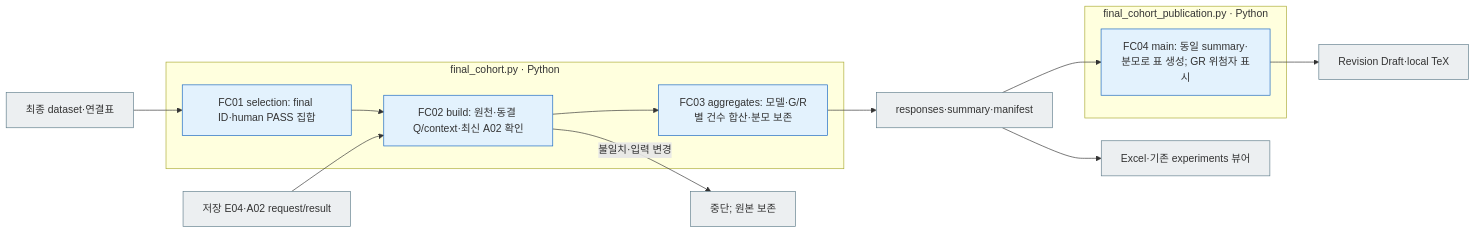
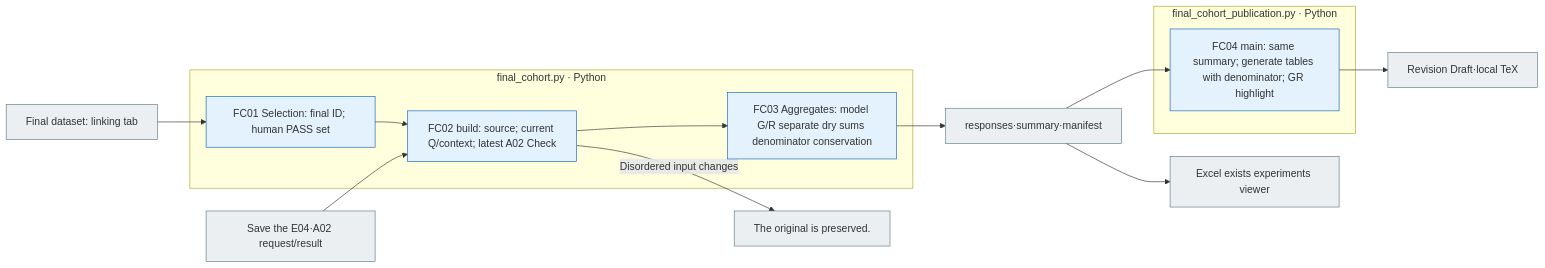
One commit to pnu-clink/finject changed the first of 2 diagrams in src/finarch/experiments/02-analysis/01-results/README.md. Above: the diagram before and after it, drawn with Mermaid. The commit also changed other lines of this file and 644 other files, not shown here.

````diff
--- a/src/finarch/experiments/02-analysis/01-results/README.md
+++ b/src/finarch/experiments/02-analysis/01-results/README.md
@@ -34,20 +34,20 @@
 ```mermaid
 flowchart LR
  subgraph FC["final_cohort.py · Python"]
-  S["FC01 selection: final ID·human PASS 집합"] --> V["FC02 build: 원천·동결 Q/context·최신 A02 확인"]
-  V --> C["FC03 aggregates: 모델·G/R별 건수 합산·분모 보존"]
+  S["FC01 Selection: final ID; human PASS set"] --> V["FC02 build: source; current Q/context; latest A02 Check"]
+  V --> C["FC03 Aggregates: model G/R separate dry sums denominator conservation"]
  end
- F["최종 dataset·연결표"] --> S
- R["저장 E04·A02 request/result"] --> V
+ F["Final dataset: linking tab"] --> S
+ R["Save the E04·A02 request/result"] --> V
  C --> O["responses·summary·manifest"]
- V -->|불일치·입력 변경| X["중단; 원본 보존"]
+ V -->|Disordered input changes| X["The original is preserved."]
  subgraph PUB["final_cohort_publication.py · Python"]
-  P["FC04 main: 동일 summary·분모로 표 생성; GR 위첨자 표시"]
+  P["FC04 main: same summary; generate tables with denominator; GR highlight"]
  end
  O --> P --> T["Revision Draft·local TeX"]
- O --> W["Excel·기존 experiments 뷰어"]
+ O --> W["Excel exists experiments viewer"]
  classDef python fill:#e3f2fd,stroke:#1565c0;
  classDef file fill:#eceff1,stroke:#607d8b;
  class S,V,C,P python;
  class F,R,O,X,T,W file;
 ```
````
